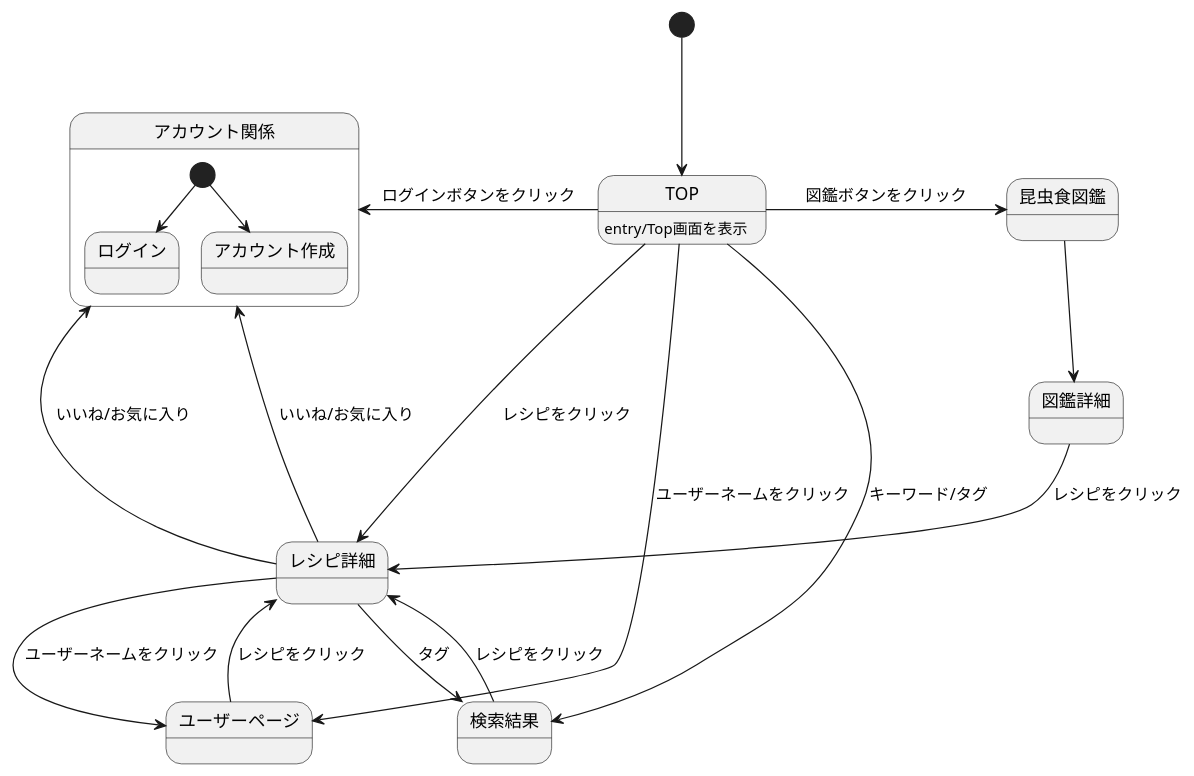
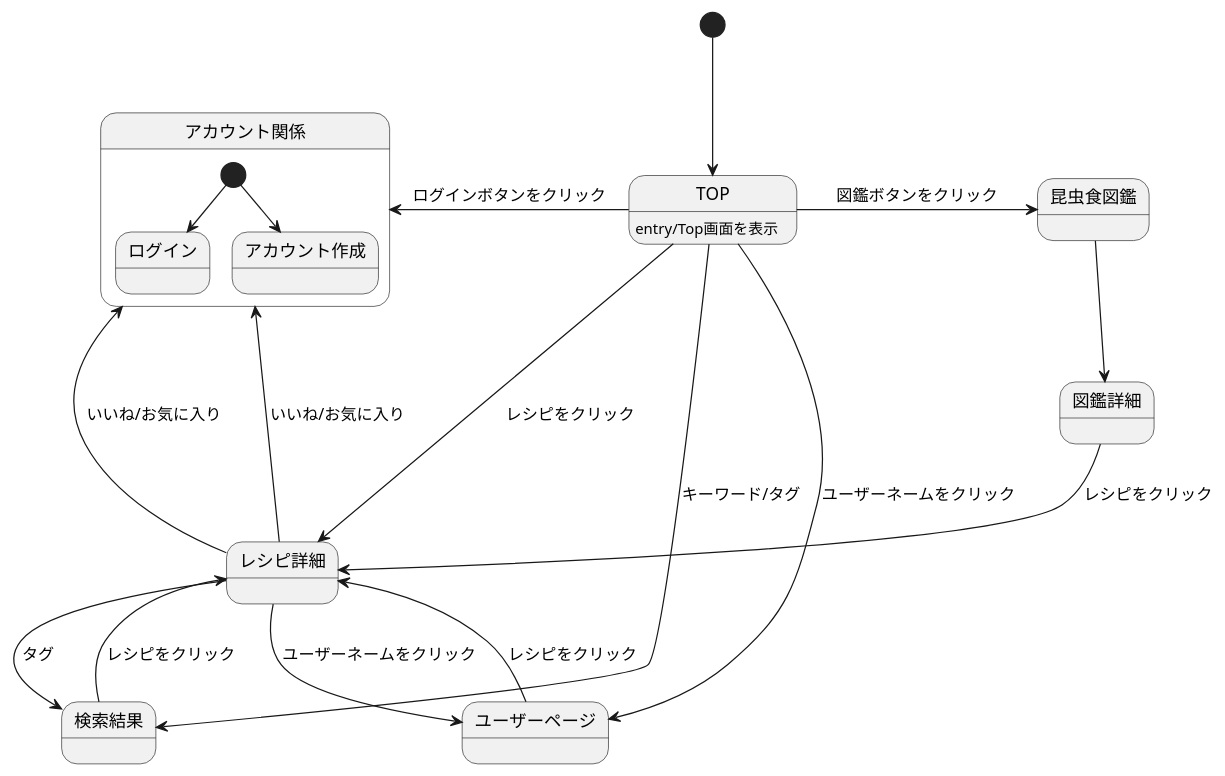
Before and after one commit to ASO2001040/bugbug-design: the diagram in ScreenTransitionDiagram.md, drawn with PlantUML.

````diff
--- a/ScreenTransitionDiagram.md
+++ b/ScreenTransitionDiagram.md
@@ -1,25 +1,25 @@
 ```uml
 @startuml
 [*]-->TOP
 
 TOP : entry/Top画面を表示
 TOP-left->アカウント関係: ログインボタンをクリック
 TOP->昆虫食図鑑: 図鑑ボタンをクリック
-TOP-->ユーザーページ: ユーザーネームをクリック
+TOP->ユーザーページ: ユーザーネームをクリック
 TOP->レシピ詳細: レシピをクリック
 TOP->検索結果: キーワード/タグ
 ユーザーページ-->レシピ詳細: レシピをクリック
 レシピ詳細-->ユーザーページ: ユーザーネームをクリック
 レシピ詳細-->検索結果: タグ
 レシピ詳細-->アカウント関係: いいね/お気に入り
 レシピ詳細->アカウント関係: いいね/お気に入り
 検索結果-->レシピ詳細: レシピをクリック
 昆虫食図鑑-->図鑑詳細
 図鑑詳細-->レシピ詳細: レシピをクリック
 
 state アカウント関係 {
  [*] --> ログイン
  [*] --> アカウント作成
  }
 @enduml
 ```
````
